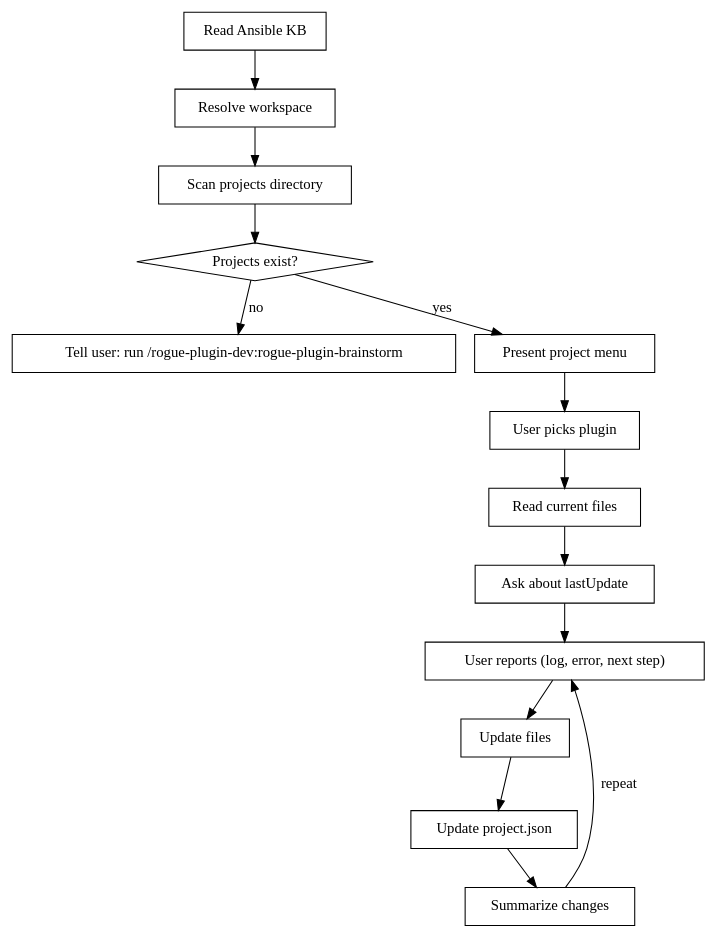
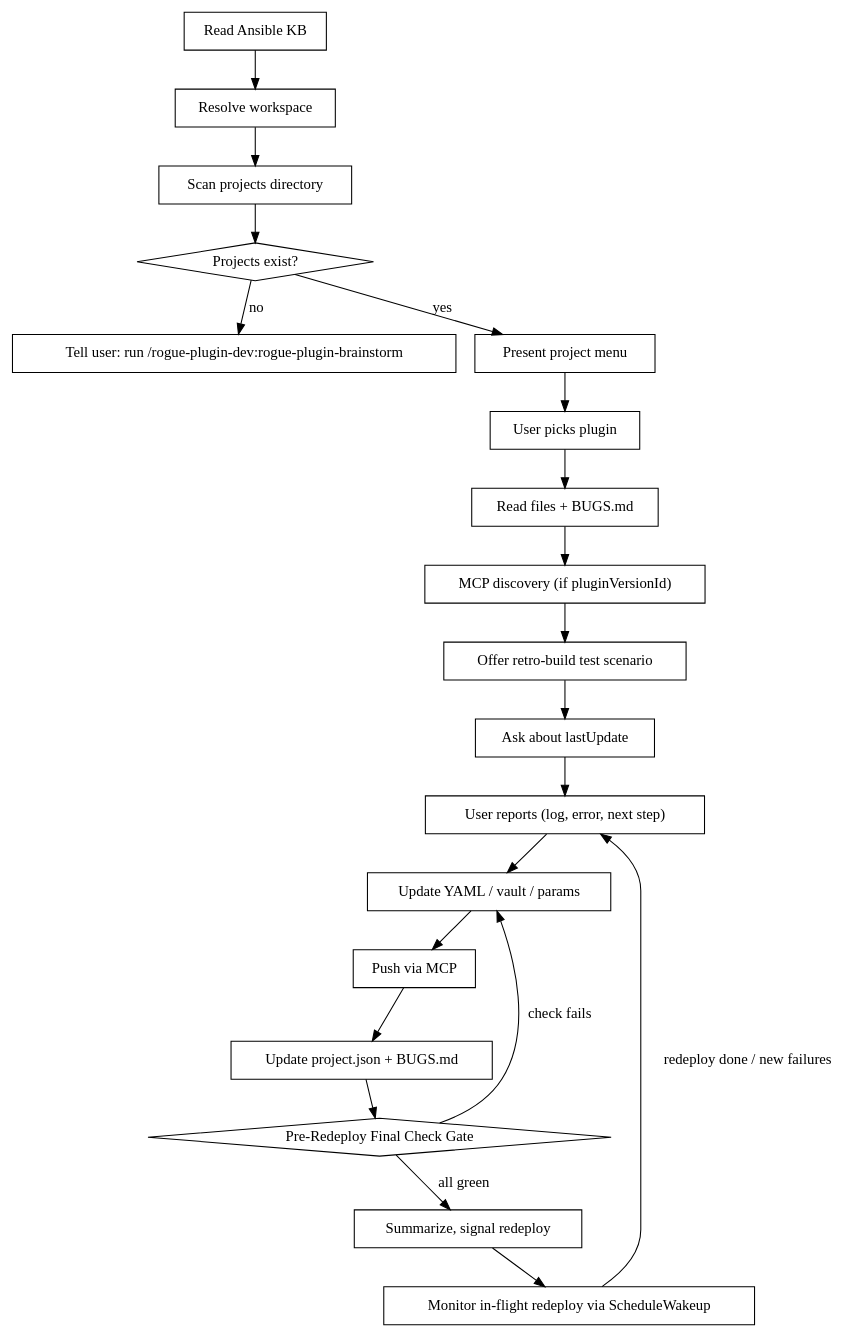
The diagram in plugins/rogue-plugin-dev/skills/rogue-plugin-develop/SKILL.md (rogue-labs-cyber/rogue-arena-mcp), drawn with Graphviz before and after one commit. The commit also changed other lines of this file and 13 other files, not shown here.

````diff
--- a/plugins/rogue-plugin-dev/skills/rogue-plugin-develop/SKILL.md
+++ b/plugins/rogue-plugin-dev/skills/rogue-plugin-develop/SKILL.md
@@ -170,31 +216,42 @@
 ```dot
 digraph develop {
     "Read Ansible KB" [shape=box];
     "Resolve workspace" [shape=box];
     "Scan projects directory" [shape=box];
     "Projects exist?" [shape=diamond];
     "Tell user: run /rogue-plugin-dev:rogue-plugin-brainstorm" [shape=box];
     "Present project menu" [shape=box];
     "User picks plugin" [shape=box];
-    "Read current files" [shape=box];
+    "Read files + BUGS.md" [shape=box];
+    "MCP discovery (if pluginVersionId)" [shape=box];
+    "Offer retro-build test scenario" [shape=box];
     "Ask about lastUpdate" [shape=box];
     "User reports (log, error, next step)" [shape=box];
-    "Update files" [shape=box];
-    "Update project.json" [shape=box];
-    "Summarize changes" [shape=box];
+    "Update YAML / vault / params" [shape=box];
+    "Push via MCP" [shape=box];
+    "Update project.json + BUGS.md" [shape=box];
+    "Monitor in-flight redeploy via ScheduleWakeup" [shape=box];
+    "Pre-Redeploy Final Check Gate" [shape=diamond];
+    "Summarize, signal redeploy" [shape=box];
 
     "Read Ansible KB" -> "Resolve workspace";
     "Resolve workspace" -> "Scan projects directory";
     "Scan projects directory" -> "Projects exist?";
     "Projects exist?" -> "Tell user: run /rogue-plugin-dev:rogue-plugin-brainstorm" [label="no"];
     "Projects exist?" -> "Present project menu" [label="yes"];
     "Present project menu" -> "User picks plugin";
-    "User picks plugin" -> "Read current files";
-    "Read current files" -> "Ask about lastUpdate";
+    "User picks plugin" -> "Read files + BUGS.md";
+    "Read files + BUGS.md" -> "MCP discovery (if pluginVersionId)";
+    "MCP discovery (if pluginVersionId)" -> "Offer retro-build test scenario";
+    "Offer retro-build test scenario" -> "Ask about lastUpdate";
     "Ask about lastUpdate" -> "User reports (log, error, next step)";
-    "User reports (log, error, next step)" -> "Update files";
-    "Update files" -> "Update project.json";
-    "Update project.json" -> "Summarize changes";
-    "Summarize changes" -> "User reports (log, error, next step)" [label="repeat"];
+    "User reports (log, error, next step)" -> "Update YAML / vault / params";
+    "Update YAML / vault / params" -> "Push via MCP";
+    "Push via MCP" -> "Update project.json + BUGS.md";
+    "Update project.json + BUGS.md" -> "Pre-Redeploy Final Check Gate";
+    "Pre-Redeploy Final Check Gate" -> "Update YAML / vault / params" [label="check fails"];
+    "Pre-Redeploy Final Check Gate" -> "Summarize, signal redeploy" [label="all green"];
+    "Summarize, signal redeploy" -> "Monitor in-flight redeploy via ScheduleWakeup";
+    "Monitor in-flight redeploy via ScheduleWakeup" -> "User reports (log, error, next step)" [label="redeploy done / new failures"];
 }
 ```
````
